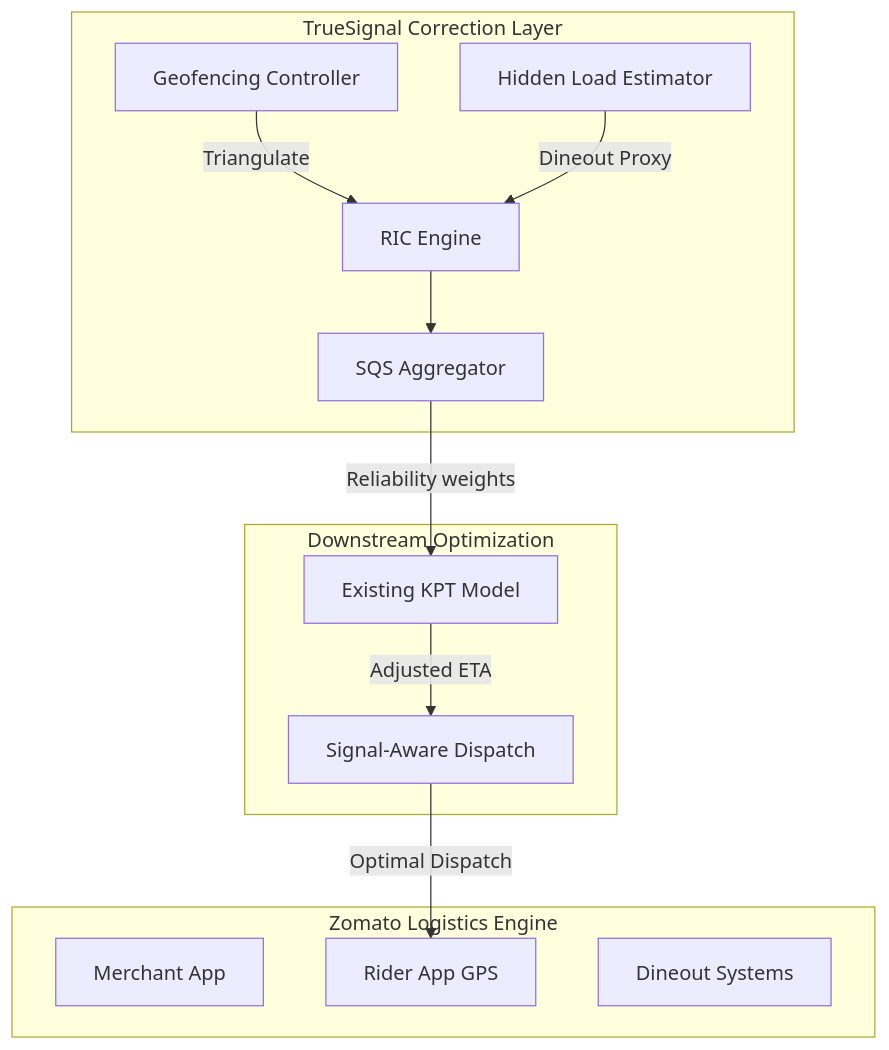
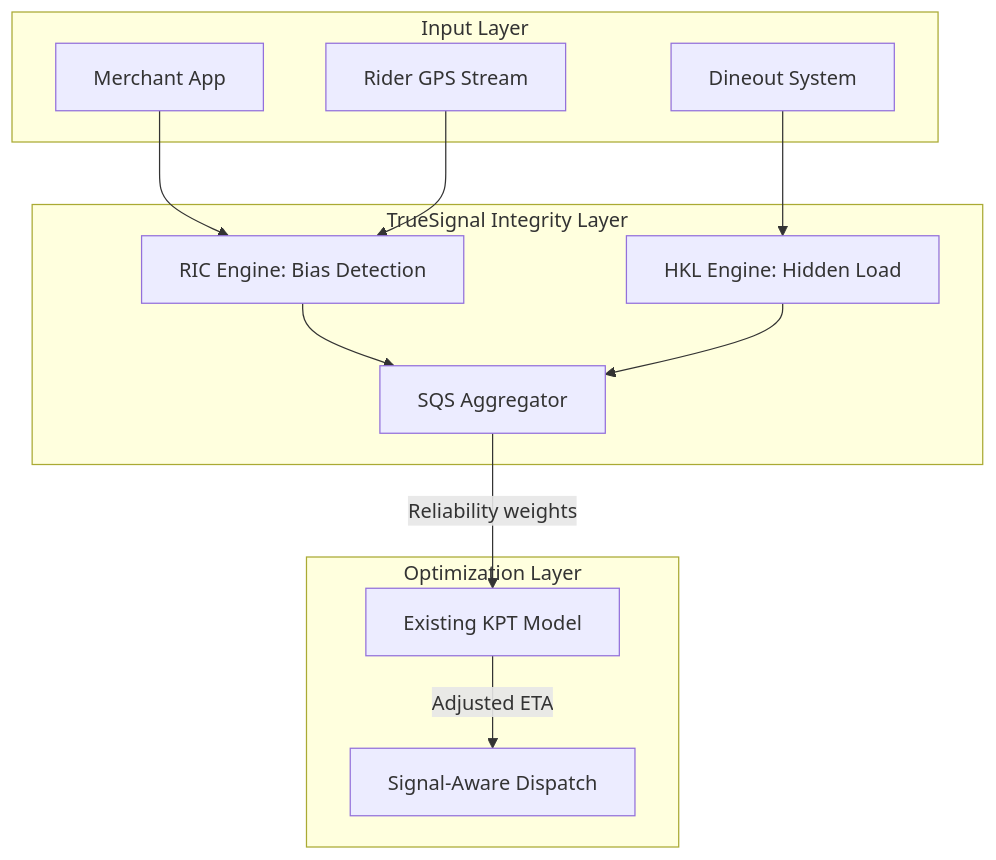
The diagram in submission/submission_whitepaper.md (yashsrivastava1408/TrueSignal), drawn with Mermaid before and after one commit. The commit also changed other lines of this file and 4 other files, not shown here.

Commit message:
Enhance architecture diagram to align with RIC, SQS, HKL, and SDS terminology

````diff
--- a/submission/submission_whitepaper.md
+++ b/submission/submission_whitepaper.md
@@ -33,24 +38,25 @@
 ```mermaid
 graph TD
-    subgraph "Zomato Logistics Engine"
+    subgraph "Input Layer"
         MA[Merchant App]
-        RA[Rider App GPS]
-        DS[Dineout Systems]
+        RA[Rider GPS Stream]
+        DO[Dineout System]
     end
 
-    subgraph "TrueSignal Correction Layer"
-        GFC[Geofencing Controller] -- "Triangulate" --> RIC[RIC Engine]
-        HLE[Hidden Load Estimator] -- "Dineout Proxy" --> RIC
+    subgraph "TrueSignal Integrity Layer"
+        RIC[RIC Engine: Bias Detection]
+        HKL[HKL Engine: Hidden Load]
         SQS[SQS Aggregator]
-        RIC --> SQS
     end
 
-    subgraph "Downstream Optimization"
+    subgraph "Optimization Layer"
         KPT[Existing KPT Model]
         SDS[Signal-Aware Dispatch]
     end
 
+    MA & RA --> RIC
+    DO --> HKL
+    RIC & HKL --> SQS
     SQS -- "Reliability weights" --> KPT
     KPT -- "Adjusted ETA" --> SDS
-    SDS -- "Optimal Dispatch" --> RA
 ```
````
